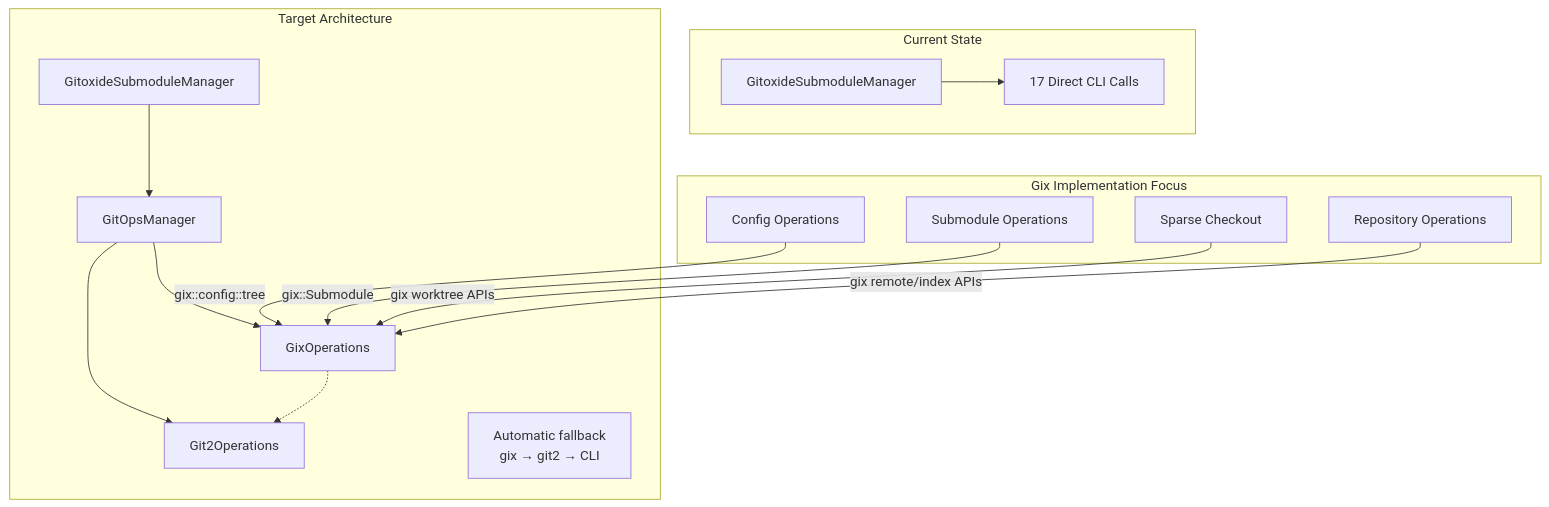
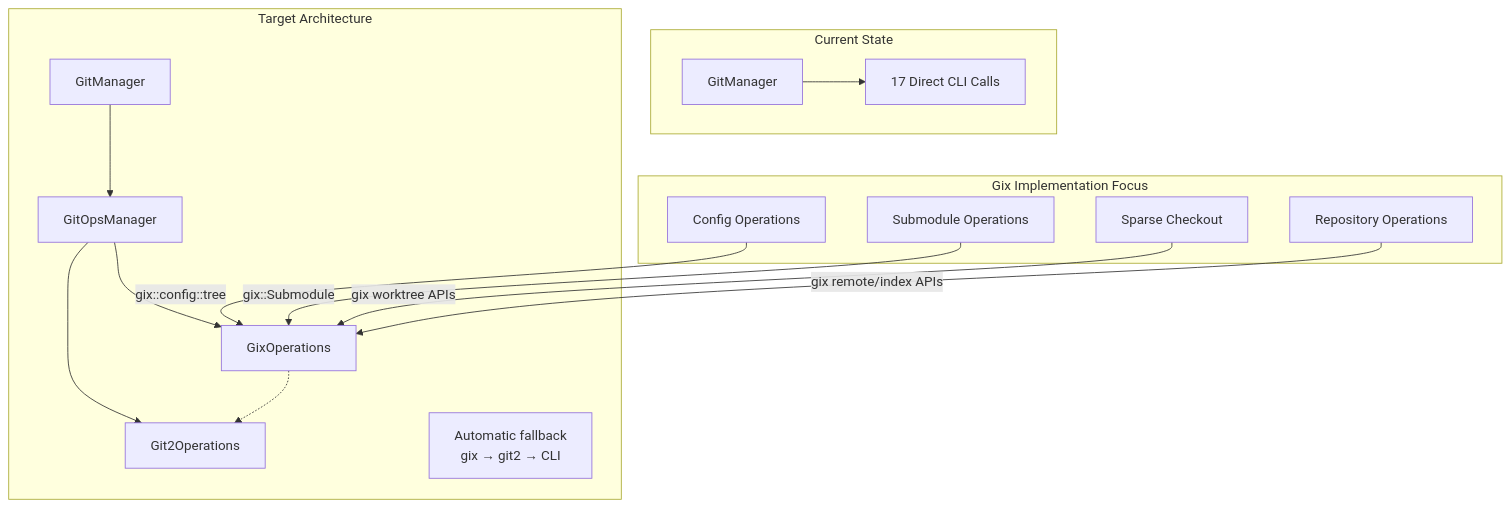
The second of 3 diagrams in GIT_OPERATIONS_REFACTORING_PLAN.md (bashandbone/submod), drawn with Mermaid before and after one commit. The commit also changed other lines of this file and 7 other files, not shown here.

Commit message:
renamed gitoxide manager to git manager for clarity

````diff
--- a/GIT_OPERATIONS_REFACTORING_PLAN.md
+++ b/GIT_OPERATIONS_REFACTORING_PLAN.md
@@ -242,33 +242,33 @@
 ```mermaid
 graph TB
     subgraph "Current State"
-        GM[GitoxideSubmoduleManager]
+        GM[GitManager]
         CLI[17 Direct CLI Calls]
         GM --> CLI
     end
 
     subgraph "Target Architecture"
-        GM2[GitoxideSubmoduleManager]
+        GM2[GitManager]
         GOP[GitOpsManager]
         GIX[GixOperations]
         GIT2[Git2Operations]
 
         GM2 --> GOP
         GOP --> GIX
         GOP --> GIT2
         GIX -.-> GIT2
         note1["Automatic fallback<br/>gix → git2 → CLI"]
     end
 
     subgraph "Gix Implementation Focus"
         CONFIG[Config Operations]
         SUBMOD[Submodule Operations]
         SPARSE[Sparse Checkout]
         REPO[Repository Operations]
 
         CONFIG --> |"gix::config::tree"| GIX
         SUBMOD --> |"gix::Submodule"| GIX
         SPARSE --> |"gix worktree APIs"| GIX
         REPO --> |"gix remote/index APIs"| GIX
     end
 ```
````
